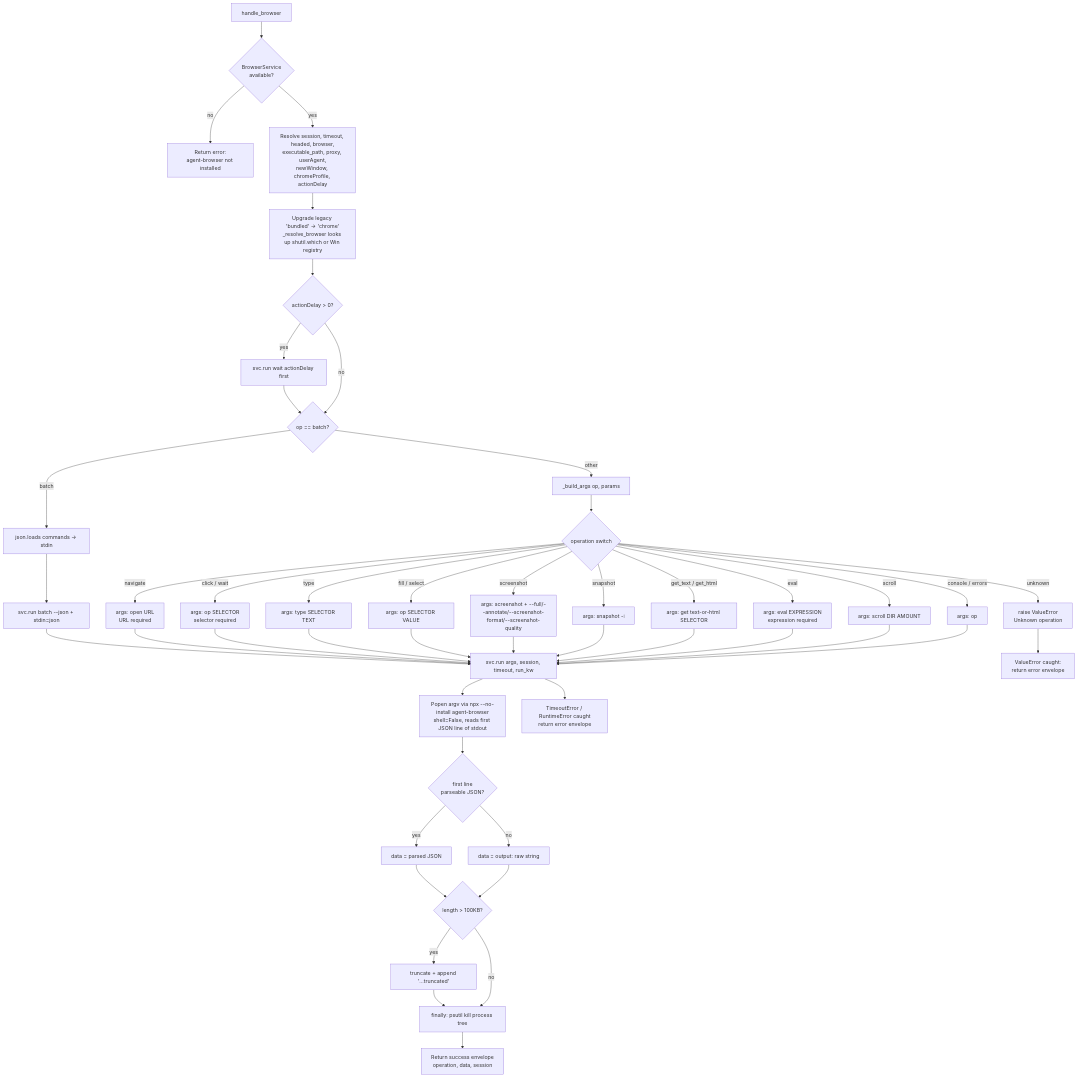
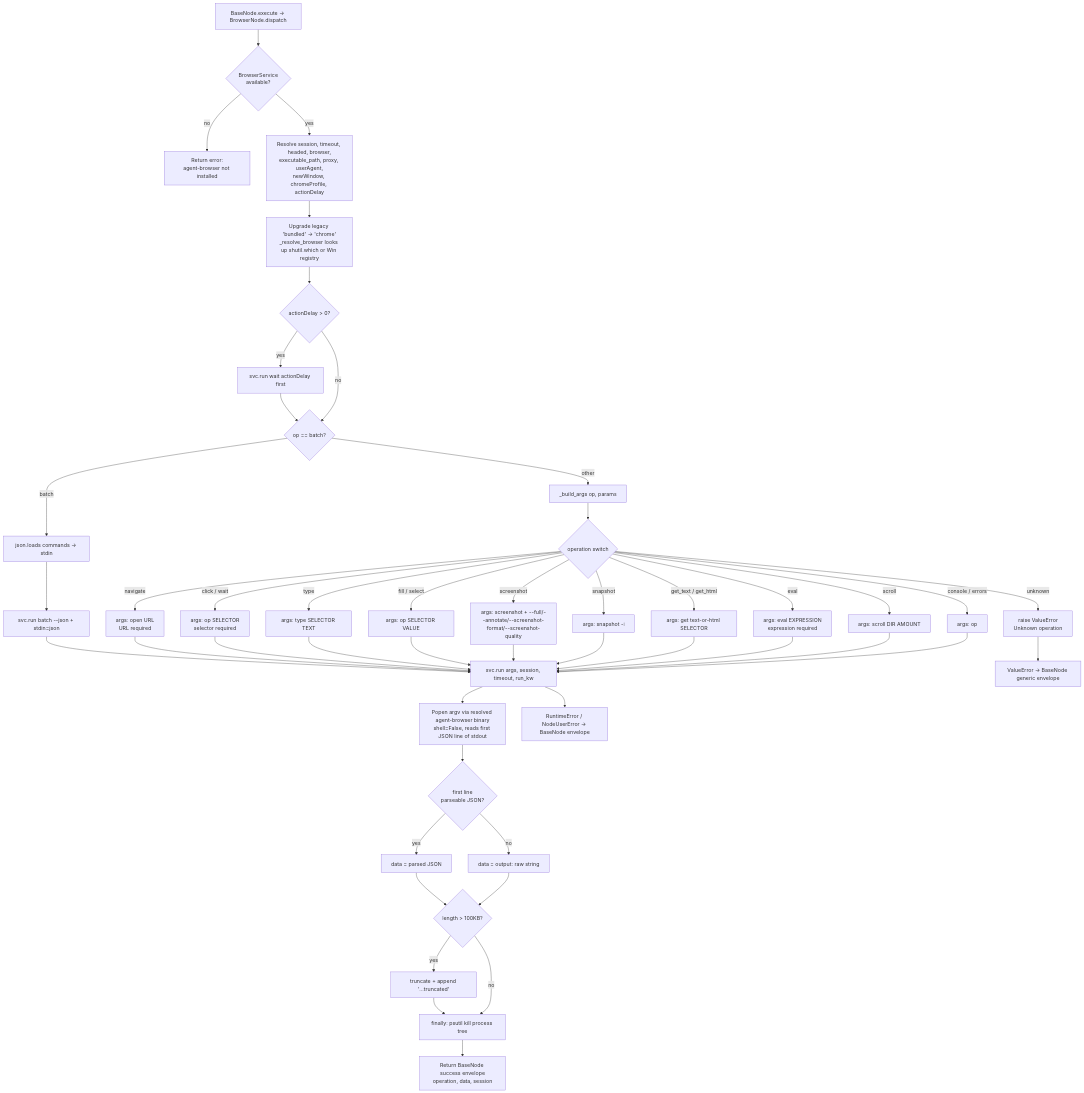
Before and after one commit to zeenie-ai/OpenCompany: the diagram in docs-internal/node-logic-flows/web_automation/browser.md, drawn with Mermaid. The commit also changed other lines of this file and 132 other files, not shown here.

````diff
--- a/docs-internal/node-logic-flows/web_automation/browser.md
+++ b/docs-internal/node-logic-flows/web_automation/browser.md
@@ -102,39 +107,39 @@
 ```mermaid
 flowchart TD
-  A[handle_browser] --> B{BrowserService<br/>available?}
+  A[BaseNode.execute -> BrowserNode.dispatch] --> B{BrowserService<br/>available?}
   B -- no --> Einst[Return error:<br/>agent-browser not installed]
   B -- yes --> C[Resolve session, timeout, headed, browser,<br/>executable_path, proxy, userAgent,<br/>newWindow, chromeProfile, actionDelay]
   C --> C1[Upgrade legacy 'bundled' -> 'chrome'<br/>_resolve_browser looks up shutil.which or Win registry]
   C1 --> D{actionDelay > 0?}
   D -- yes --> D1[svc.run wait actionDelay first]
   D -- no --> E{op == batch?}
   D1 --> E
   E -- batch --> E1[json.loads commands -> stdin]
   E1 --> F[svc.run batch --json + stdin=json]
   E -- other --> G[_build_args op, params]
   G --> Gsw{operation switch}
   Gsw -- navigate --> Gn[args: open URL<br/>URL required]
   Gsw -- click / wait --> Gc[args: op SELECTOR<br/>selector required]
   Gsw -- type --> Gt[args: type SELECTOR TEXT]
   Gsw -- fill / select --> Gf[args: op SELECTOR VALUE]
   Gsw -- screenshot --> Gs[args: screenshot + --full/--annotate/--screenshot-format/--screenshot-quality]
   Gsw -- snapshot --> Gsn[args: snapshot -i]
   Gsw -- get_text / get_html --> Gg[args: get text-or-html SELECTOR]
   Gsw -- eval --> Gev[args: eval EXPRESSION<br/>expression required]
   Gsw -- scroll --> Gsc[args: scroll DIR AMOUNT]
   Gsw -- console / errors --> Gco[args: op]
   Gsw -- unknown --> Gx[raise ValueError<br/>Unknown operation]
   Gn & Gc & Gt & Gf & Gs & Gsn & Gg & Gev & Gsc & Gco --> H[svc.run args, session, timeout, run_kw]
   F --> H
-  H --> H1[Popen argv via npx --no-install agent-browser<br/>shell=False, reads first JSON line of stdout]
+  H --> H1[Popen argv via resolved agent-browser binary<br/>shell=False, reads first JSON line of stdout]
   H1 --> H2{first line<br/>parseable JSON?}
   H2 -- yes --> H3[data = parsed JSON]
   H2 -- no --> H4[data = output: raw string]
   H3 & H4 --> I{length > 100KB?}
   I -- yes --> I1[truncate + append '...truncated']
   I -- no --> J[finally: psutil kill process tree]
   I1 --> J
-  J --> K[Return success envelope<br/>operation, data, session]
-  Gx --> Eval[ValueError caught:<br/>return error envelope]
-  H --> Eother[TimeoutError / RuntimeError caught<br/>return error envelope]
+  J --> K[Return BaseNode success envelope<br/>operation, data, session]
+  Gx --> Eval[ValueError -> BaseNode generic envelope]
+  H --> Eother[RuntimeError / NodeUserError -> BaseNode envelope]
 ```
````
